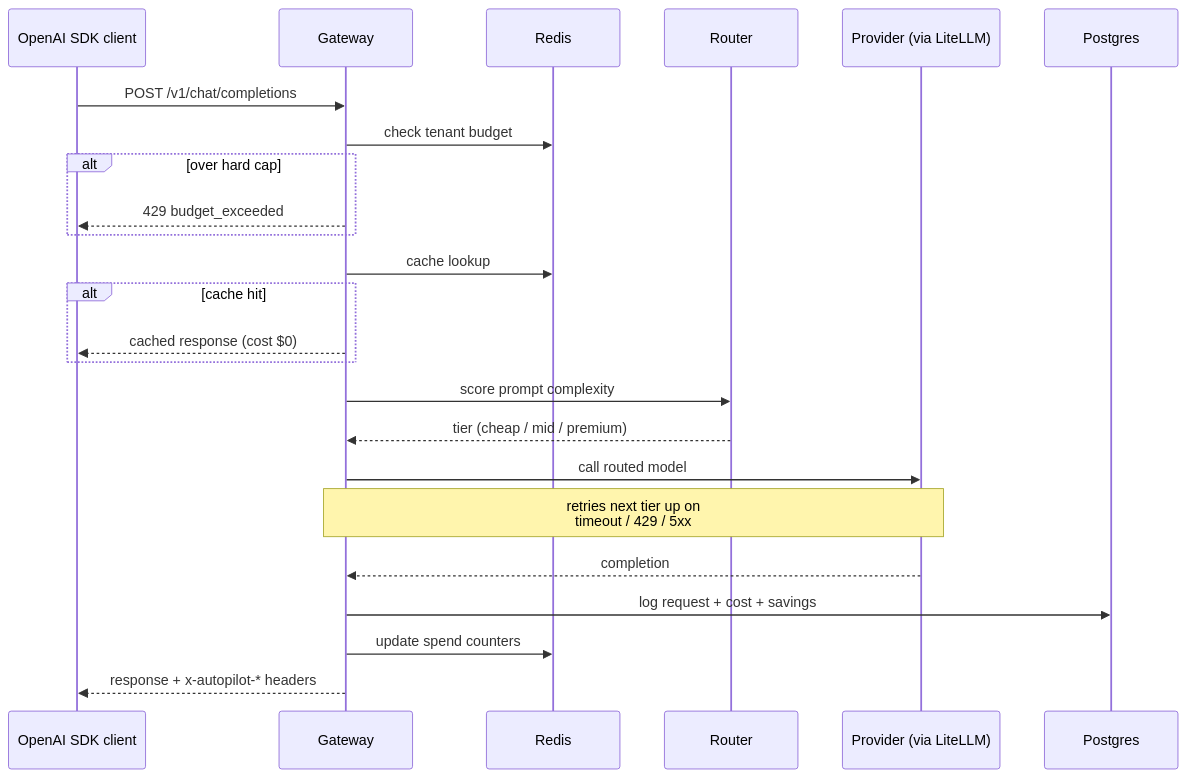
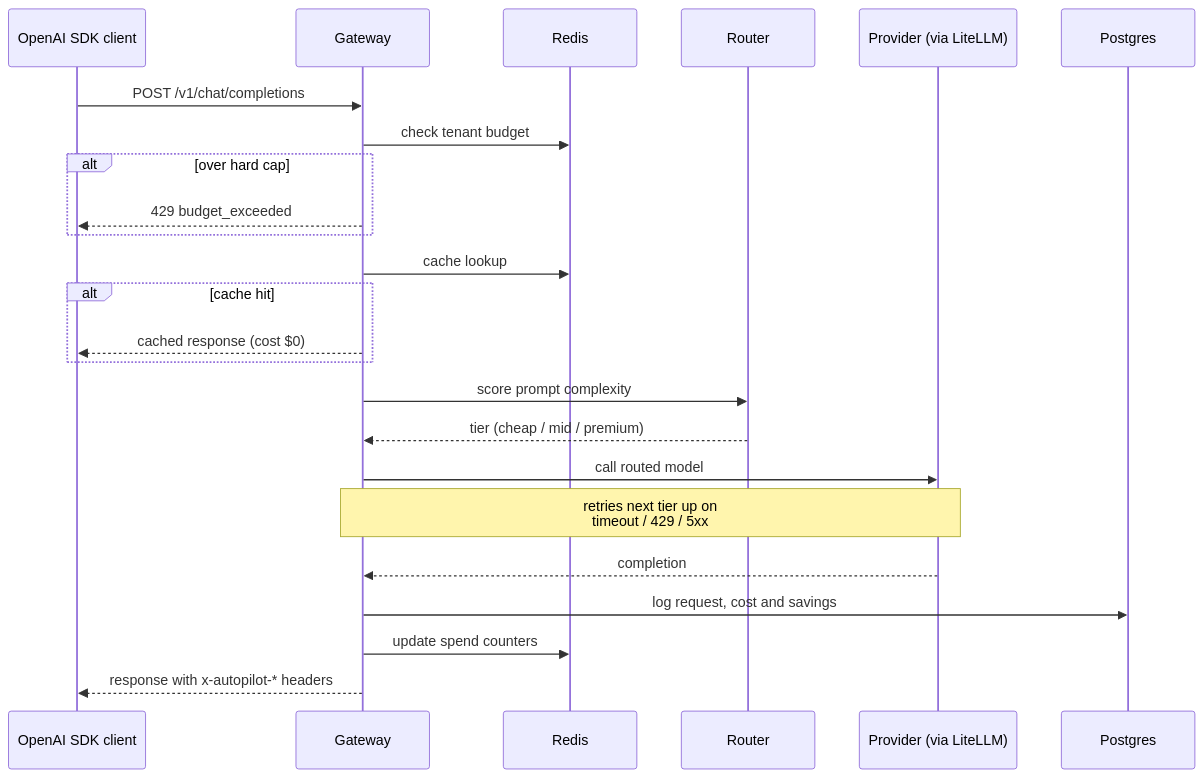
One commit to omkar-ramesh/llm-cost-autopilot changed the first of 3 diagrams in README.md. Above: the diagram before and after it, drawn with Mermaid. The commit also changed other lines of this file, not shown here.

````diff
--- a/README.md
+++ b/README.md
@@ -35,27 +40,27 @@
 ```mermaid
 sequenceDiagram
     participant Client as OpenAI SDK client
     participant GW as Gateway
     participant Redis
     participant Router
     participant LLM as Provider (via LiteLLM)
     participant PG as Postgres
 
     Client->>GW: POST /v1/chat/completions
     GW->>Redis: check tenant budget
     alt over hard cap
         GW-->>Client: 429 budget_exceeded
     end
     GW->>Redis: cache lookup
     alt cache hit
         GW-->>Client: cached response (cost $0)
     end
     GW->>Router: score prompt complexity
     Router-->>GW: tier (cheap / mid / premium)
     GW->>LLM: call routed model
     Note over GW,LLM: retries next tier up on<br/>timeout / 429 / 5xx
     LLM-->>GW: completion
-    GW->>PG: log request + cost + savings
+    GW->>PG: log request, cost and savings
     GW->>Redis: update spend counters
-    GW-->>Client: response + x-autopilot-* headers
+    GW-->>Client: response with x-autopilot-* headers
 ```
````
